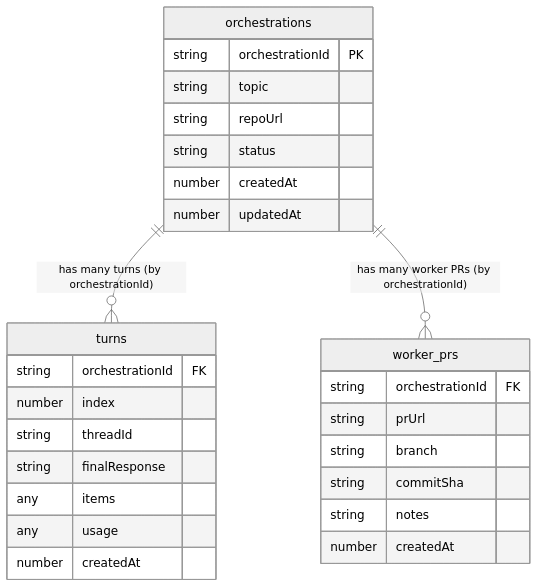
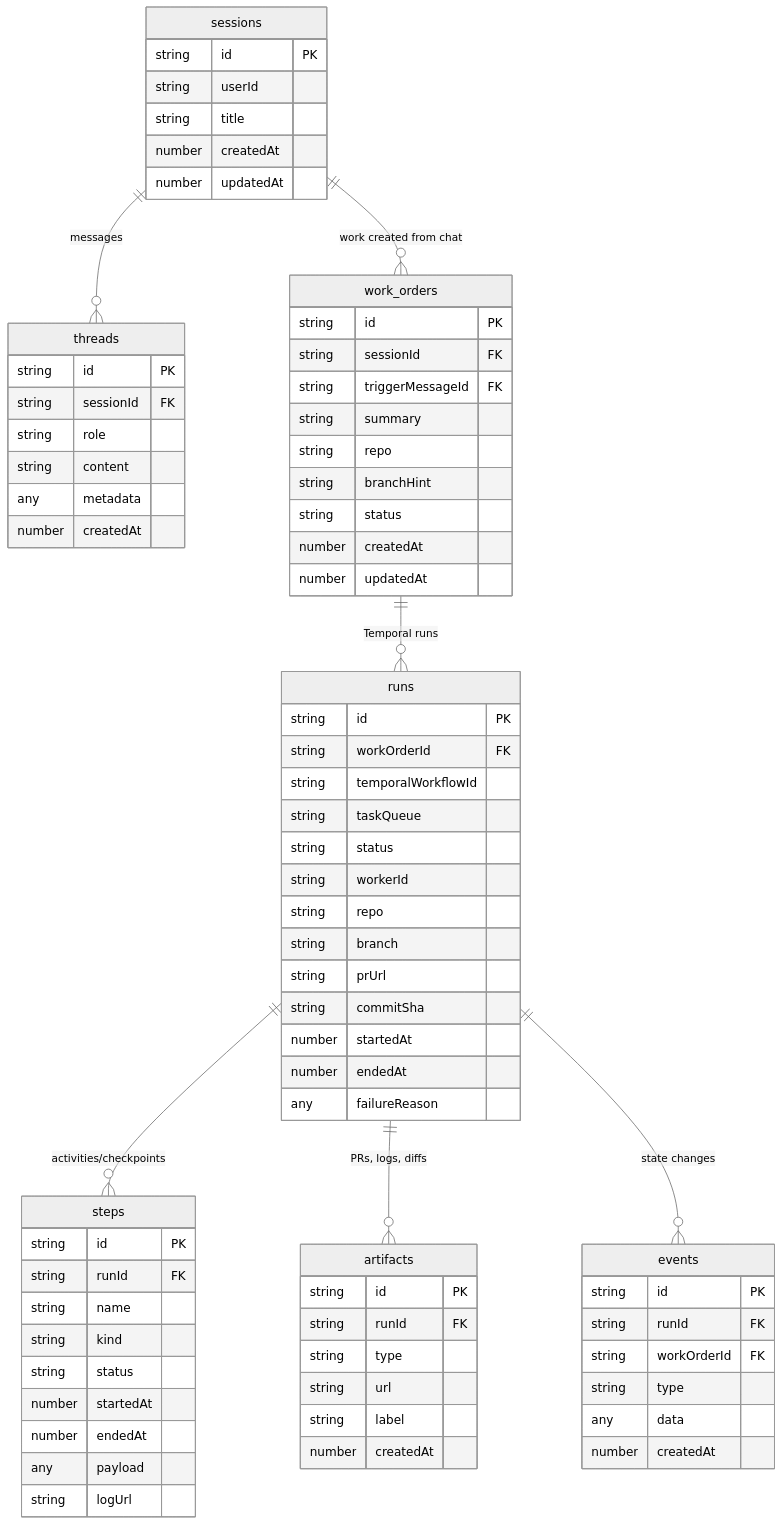
Before and after one commit to proompteng/lab: the diagram in docs/jangar/persistence.md, drawn with Mermaid (neutral theme). The commit also changed other lines of this file, not shown here.

Commit message:
docs: redefine jangar persistence around sessions/work-orders/runs

````diff
--- a/docs/jangar/persistence.md
+++ b/docs/jangar/persistence.md
@@ -27,33 +32,84 @@
 ```mermaid
 erDiagram
-  orchestrations {
-    string orchestrationId PK
-    string topic
-    string repoUrl
+  sessions {
+    string id PK
+    string userId
+    string title
+    number createdAt
+    number updatedAt
+  }
+
+  threads {
+    string id PK
+    string sessionId FK
+    string role
+    string content
+    any    metadata
+    number createdAt
+  }
+
+  work_orders {
+    string id PK
+    string sessionId FK
+    string triggerMessageId FK
+    string summary
+    string repo
+    string branchHint
     string status
     number createdAt
     number updatedAt
   }
 
-  turns {
-    string orchestrationId FK
-    number index
-    string threadId
-    string finalResponse
-    any    items
-    any    usage
+  runs {
+    string id PK
+    string workOrderId FK
+    string temporalWorkflowId
+    string taskQueue
+    string status
+    string workerId
+    string repo
+    string branch
+    string prUrl
+    string commitSha
+    number startedAt
+    number endedAt
+    any    failureReason
+  }
+
+  steps {
+    string id PK
+    string runId FK
+    string name
+    string kind
+    string status
+    number startedAt
+    number endedAt
+    any    payload
+    string logUrl
+  }
+
+  artifacts {
+    string id PK
+    string runId FK
+    string type
+    string url
+    string label
     number createdAt
   }
 
-  worker_prs {
-    string orchestrationId FK
-    string prUrl
-    string branch
-    string commitSha
-    string notes
+  events {
+    string id PK
+    string runId FK
+    string workOrderId FK
+    string type
+    any    data
     number createdAt
   }
 
-  orchestrations ||--o{ turns : "has many turns (by orchestrationId)"
-  orchestrations ||--o{ worker_prs : "has many worker PRs (by orchestrationId)"
+  sessions ||--o{ threads : "messages"
+  sessions ||--o{ work_orders : "work created from chat"
+  work_orders ||--o{ runs : "Temporal runs"
+  runs ||--o{ steps : "activities/checkpoints"
+  runs ||--o{ artifacts : "PRs, logs, diffs"
+  runs ||--o{ events : "state changes"
 ```
````
